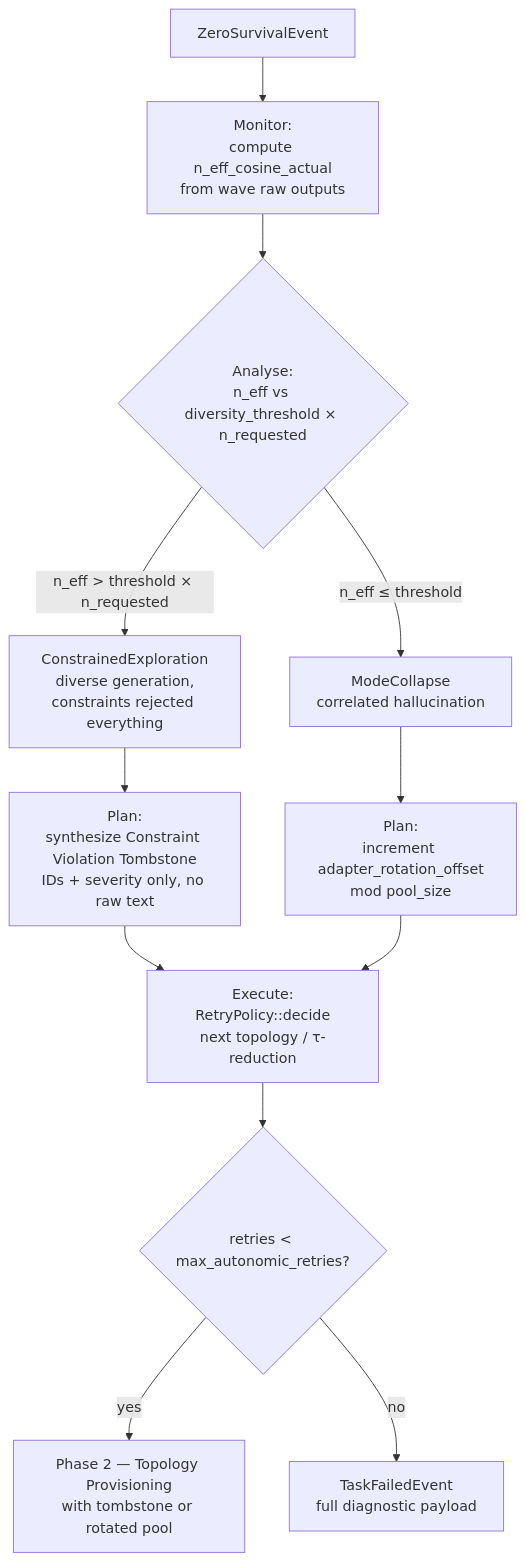
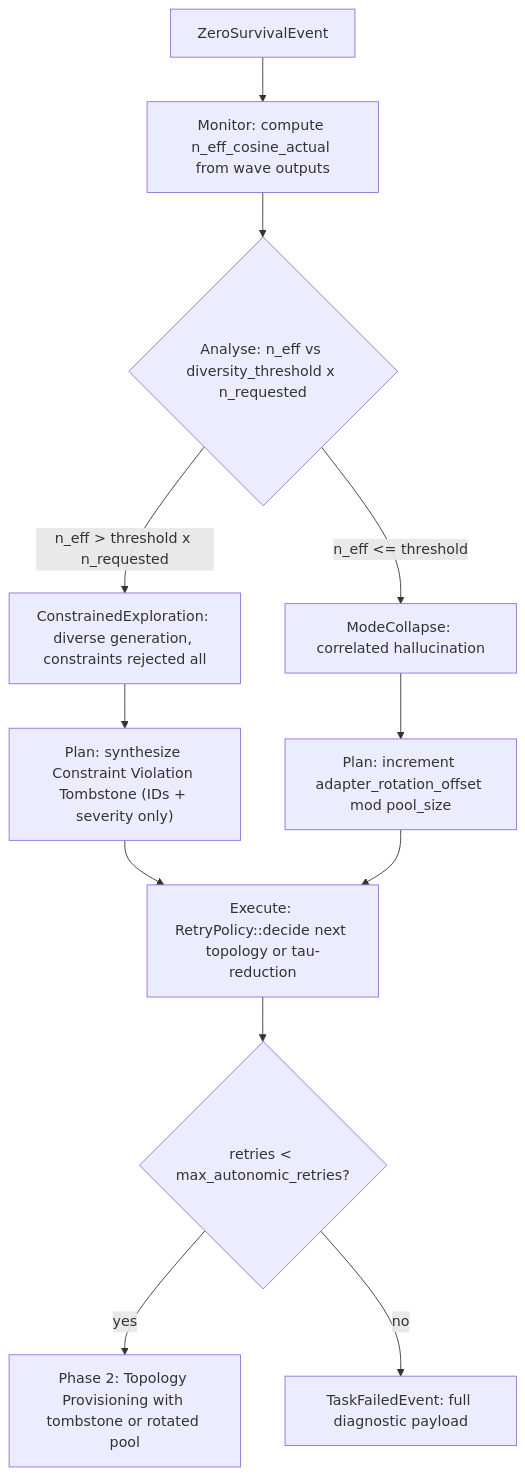
Before and after one commit to immediatus/h2ai-control-plane: the fourth of 16 diagrams in docs/architecture/architecture.md, drawn with Mermaid. The commit also changed other lines of this file and 3 other files, not shown here.

````diff
--- a/docs/architecture/architecture.md
+++ b/docs/architecture/architecture.md
@@ -153,14 +155,14 @@
 ```mermaid
 flowchart TD
-    ZS[ZeroSurvivalEvent] --> M[Monitor:\ncompute n_eff_cosine_actual\nfrom wave raw outputs]
-    M --> A{Analyse:\nn_eff vs diversity_threshold × n_requested}
-    A -->|n_eff > threshold × n_requested| CE[ConstrainedExploration\ndiverse generation,\nconstraints rejected everything]
-    A -->|n_eff ≤ threshold| MC[ModeCollapse\ncorrelated hallucination]
-    CE --> P1[Plan:\nsynthesize Constraint Violation Tombstone\nIDs + severity only, no raw text]
-    MC --> P2[Plan:\nincrement adapter_rotation_offset\nmod pool_size]
-    P1 --> E[Execute:\nRetryPolicy::decide\nnext topology / τ-reduction]
-    P2 --> E
-    E --> R{retries < max_autonomic_retries?}
-    R -->|yes| Ph2[Phase 2 — Topology Provisioning\nwith tombstone or rotated pool]
-    R -->|no| TF[TaskFailedEvent\nfull diagnostic payload]
+    ZS[ZeroSurvivalEvent] --> M["Monitor: compute n_eff_cosine_actual from wave outputs"]
+    M --> A{"Analyse: n_eff vs diversity_threshold x n_requested"}
+    A -->|"n_eff > threshold x n_requested"| CE["ConstrainedExploration: diverse generation, constraints rejected all"]
+    A -->|"n_eff <= threshold"| MC["ModeCollapse: correlated hallucination"]
+    CE --> P1["Plan: synthesize Constraint Violation Tombstone (IDs + severity only)"]
+    MC --> P2["Plan: increment adapter_rotation_offset mod pool_size"]
+    P1 --> Ex["Execute: RetryPolicy::decide next topology or tau-reduction"]
+    P2 --> Ex
+    Ex --> R{"retries < max_autonomic_retries?"}
+    R -->|yes| Ph2["Phase 2: Topology Provisioning with tombstone or rotated pool"]
+    R -->|no| TF["TaskFailedEvent: full diagnostic payload"]
 ```
````
